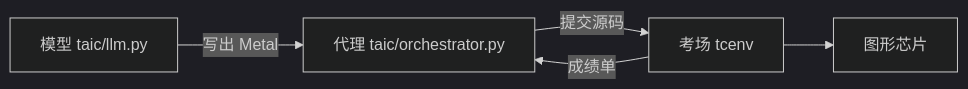
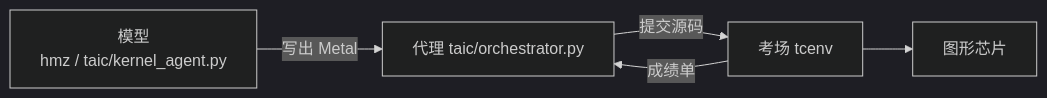
Before and after one commit to kuafuwang/ShapeForge: the diagram in docs/代理理论.md, drawn with Mermaid (dark theme). The commit also changed other lines of this file and 34 other files, not shown here.

````diff
--- a/docs/代理理论.md
+++ b/docs/代理理论.md
@@ -15,7 +15,7 @@
 ```mermaid
 flowchart LR
-  model["模型 taic/llm.py"] -->|"写出 Metal"| agent["代理 taic/orchestrator.py"]
+  model["模型<br/>hmz / taic/kernel_agent.py"] -->|"写出 Metal"| agent["代理 taic/orchestrator.py"]
   agent -->|"提交源码"| harness["考场 tcenv"]
   harness -->|"成绩单"| agent
   harness --> gpu["图形芯片"]
 ```
````
